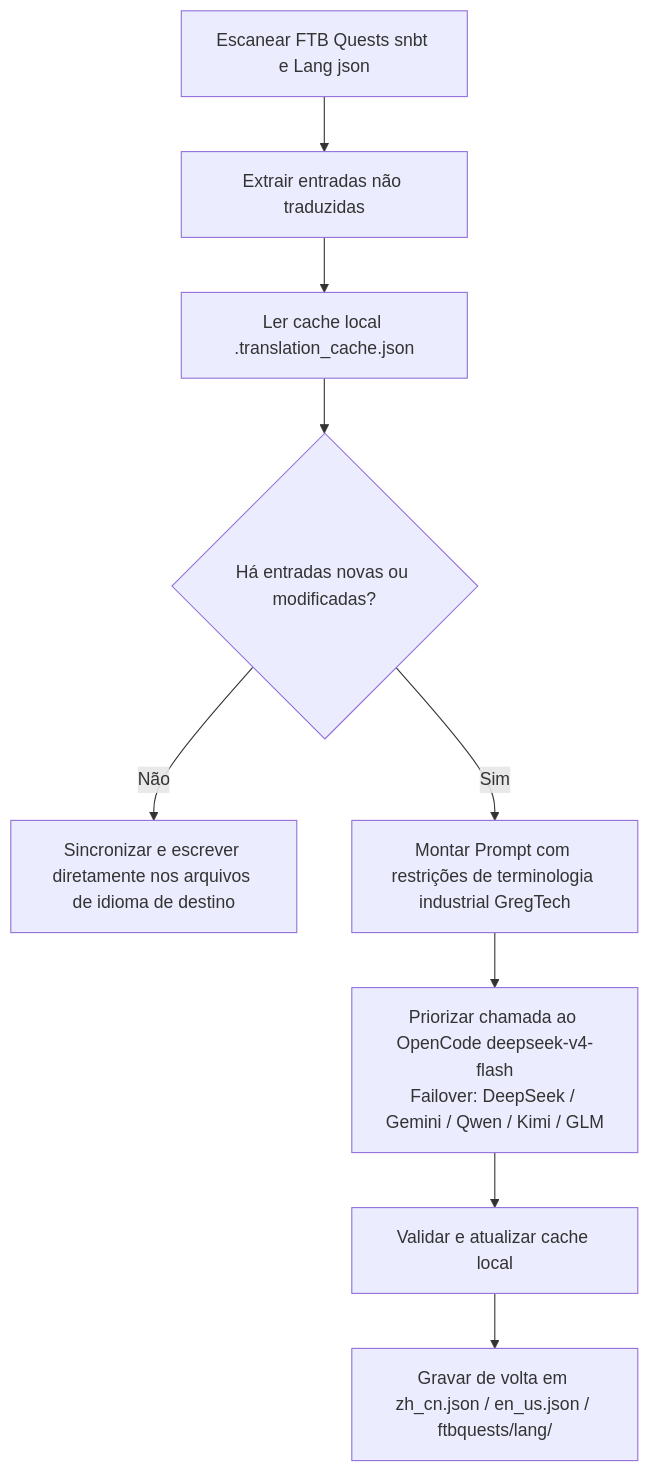
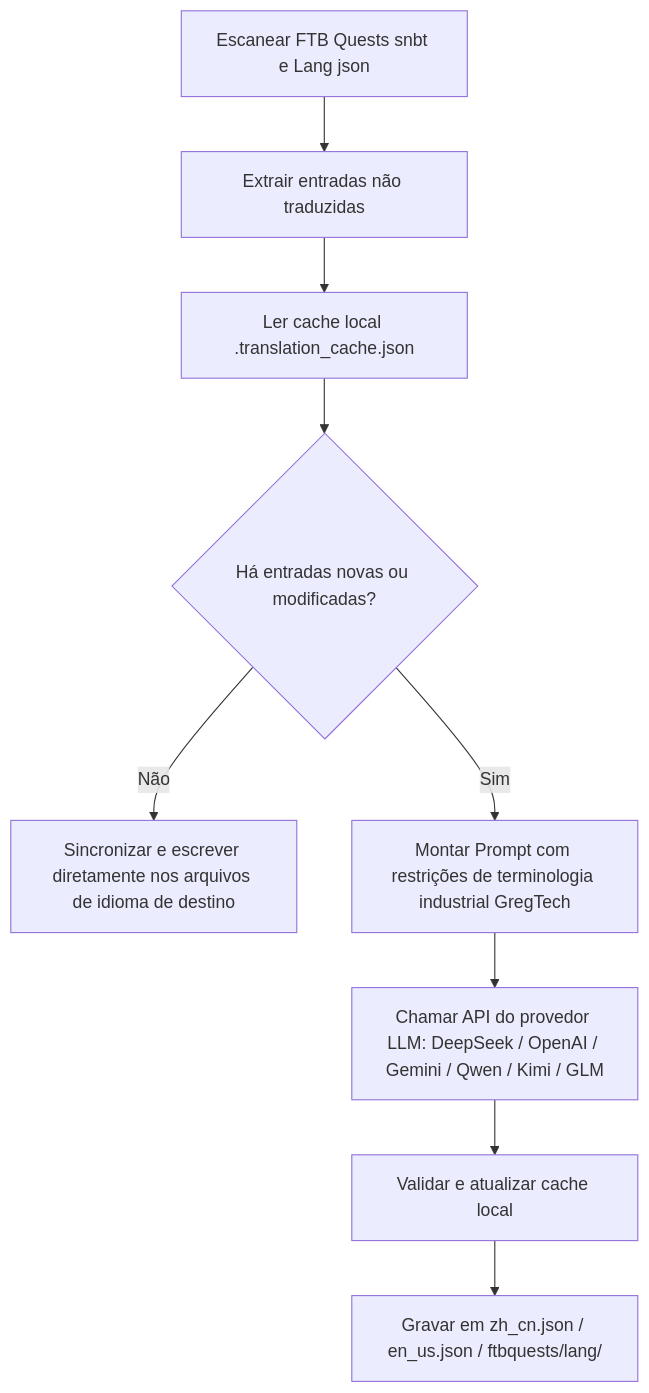
Before and after one commit to takanashisatou/GregtechEasy-Docs: the diagram in docs/pt/ci-cd-and-translation/ai-translation.md, drawn with Mermaid. The commit also changed other lines of this file and 8 other files, not shown here.

````diff
--- a/docs/pt/ci-cd-and-translation/ai-translation.md
+++ b/docs/pt/ci-cd-and-translation/ai-translation.md
@@ -27,11 +13,11 @@
 ```mermaid
 graph TD
     A[Escanear FTB Quests snbt e Lang json] --> B[Extrair entradas não traduzidas]
     B --> C[Ler cache local .translation_cache.json]
     C --> D{Há entradas novas ou modificadas?}
     D -- Não --> E[Sincronizar e escrever diretamente nos arquivos de idioma de destino]
     D -- Sim --> F[Montar Prompt com restrições de terminologia industrial GregTech]
-    F --> G["Priorizar chamada ao OpenCode deepseek-v4-flash<br/>Failover: DeepSeek / Gemini / Qwen / Kimi / GLM"]
+    F --> G[Chamar API do provedor LLM: DeepSeek / OpenAI / Gemini / Qwen / Kimi / GLM]
     G --> H[Validar e atualizar cache local]
-    H --> I[Gravar de volta em zh_cn.json / en_us.json / ftbquests/lang/]
+    H --> I[Gravar em zh_cn.json / en_us.json / ftbquests/lang/]
 ```
````
